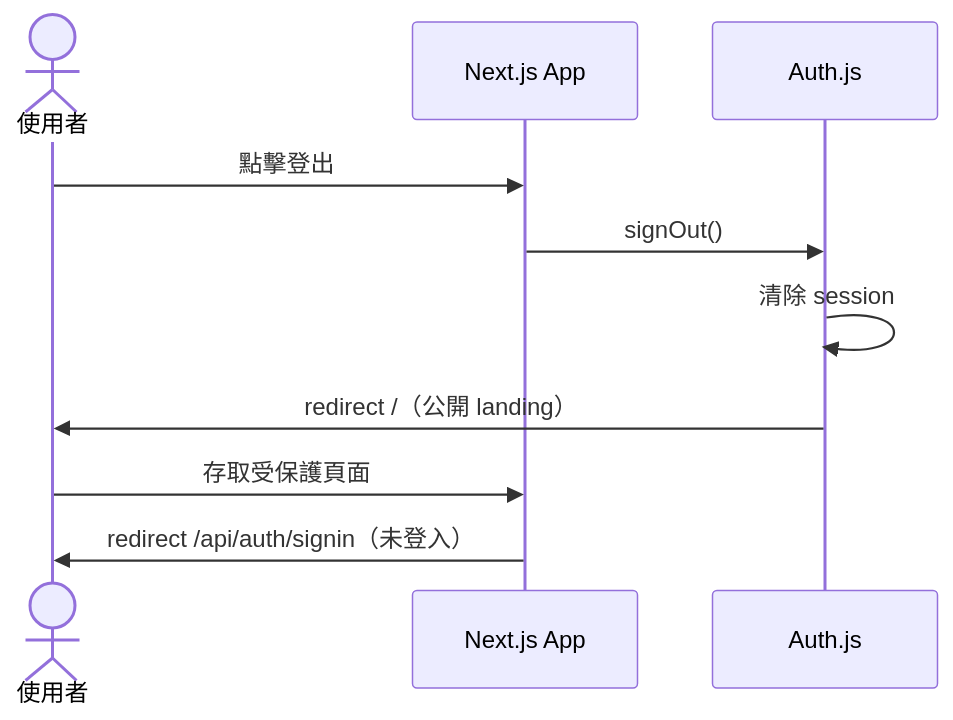
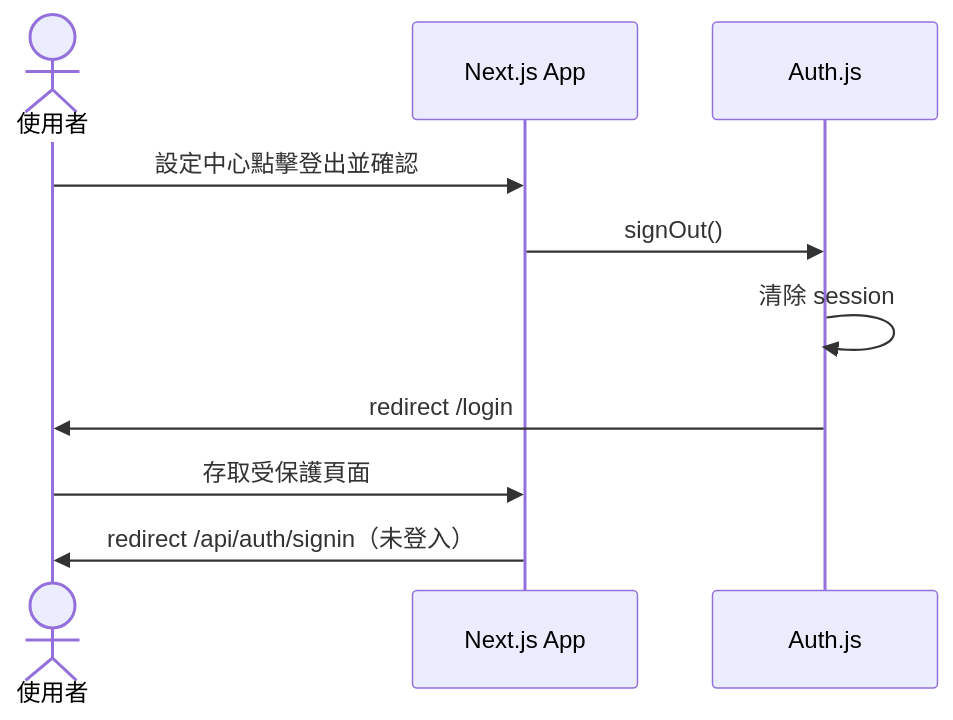
Before and after one commit to thementorship-tw/thementorship-exchange-app: the second of 2 diagrams in docs/auth/01-overview.md, drawn with Mermaid. The commit also changed other lines of this file and 4 other files, not shown here.

````diff
--- a/docs/auth/01-overview.md
+++ b/docs/auth/01-overview.md
@@ -176,13 +176,13 @@
 ```mermaid
 sequenceDiagram
     actor User as 使用者
     participant App as Next.js App
     participant Auth as Auth.js
 
-    User->>App: 點擊登出
+    User->>App: 設定中心點擊登出並確認
     App->>Auth: signOut()
     Auth->>Auth: 清除 session
-    Auth->>User: redirect /（公開 landing）
+    Auth->>User: redirect /login
     User->>App: 存取受保護頁面
     App->>User: redirect /api/auth/signin（未登入）
 ```
````
